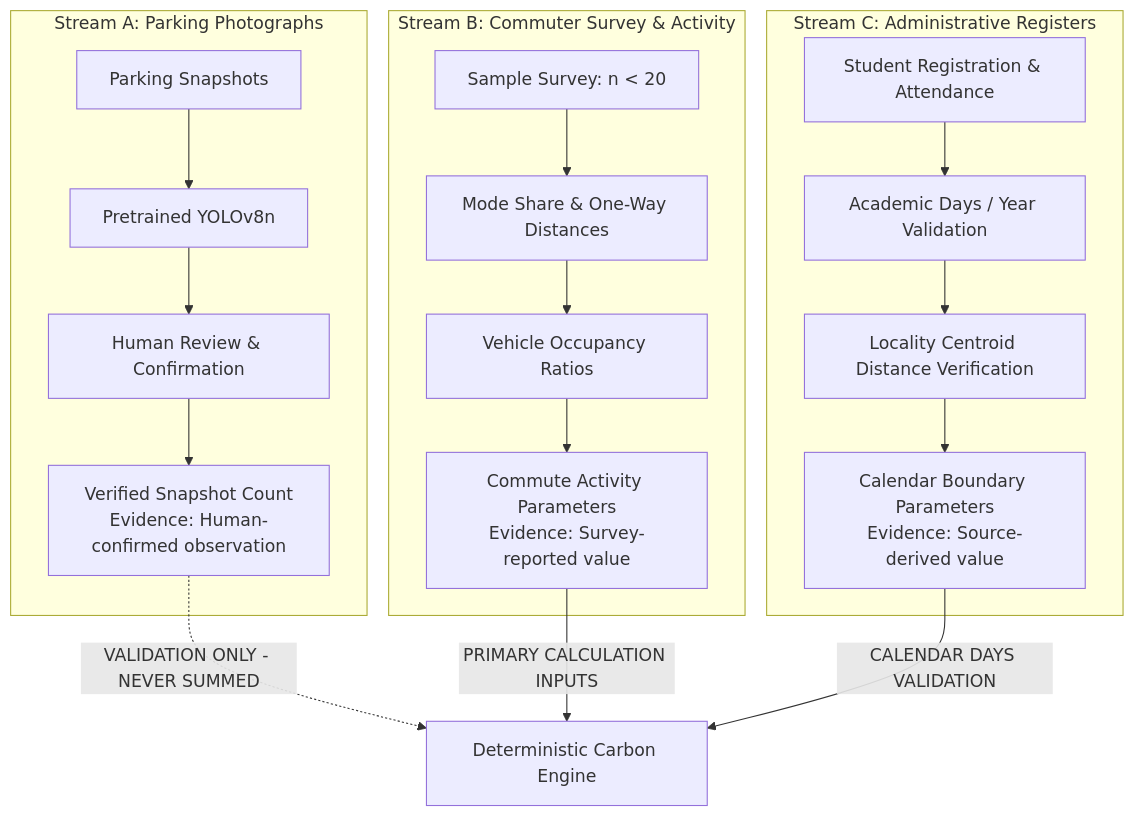
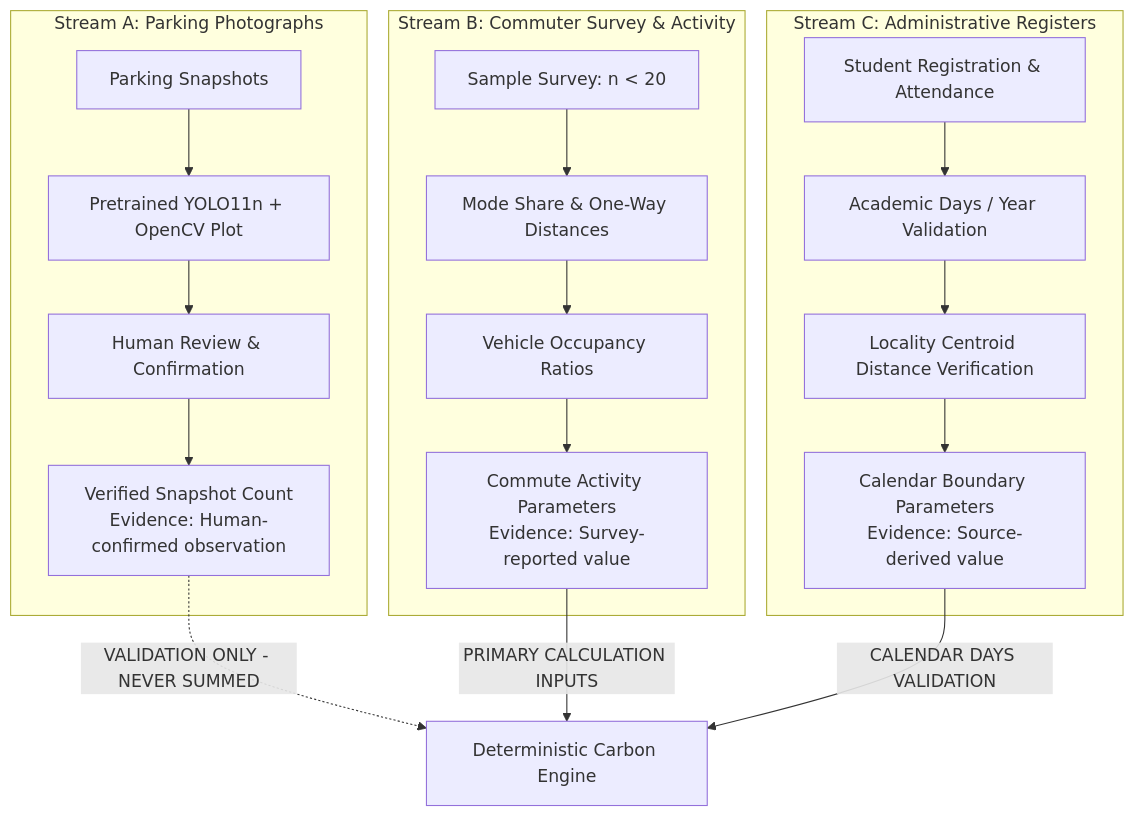
Before and after one commit to ManojR-cs/CarboSync: the second of 3 diagrams in TraceTwin_Documentation/METHODOLOGY.md, drawn with Mermaid. The commit also changed 10 other files, not shown here.

````diff
--- a/TraceTwin_Documentation/METHODOLOGY.md
+++ b/TraceTwin_Documentation/METHODOLOGY.md
@@ -115,24 +115,24 @@
 ```mermaid
 flowchart TD
     subgraph StreamA [Stream A: Parking Photographs]
-        PA[Parking Snapshots] --> PB[Pretrained YOLOv8n]
+        PA[Parking Snapshots] --> PB[Pretrained YOLO11n + OpenCV Plot]
         PB --> PC[Human Review & Confirmation]
         PC --> PD[Verified Snapshot Count<br>Evidence: Human-confirmed observation]
     end
 
     subgraph StreamB [Stream B: Commuter Survey & Activity]
         SA[Sample Survey: n < 20] --> SB[Mode Share & One-Way Distances]
         SB --> SC[Vehicle Occupancy Ratios]
         SC --> SD[Commute Activity Parameters<br>Evidence: Survey-reported value]
     end
 
     subgraph StreamC [Stream C: Administrative Registers]
         RA[Student Registration & Attendance] --> RB[Academic Days / Year Validation]
         RB --> RC[Locality Centroid Distance Verification]
         RC --> RD[Calendar Boundary Parameters<br>Evidence: Source-derived value]
     end
 
     PD -.->|VALIDATION ONLY - NEVER SUMMED| CalcEngine[Deterministic Carbon Engine]
     SD -->|PRIMARY CALCULATION INPUTS| CalcEngine
     RD -->|CALENDAR DAYS VALIDATION| CalcEngine
 ```
````
